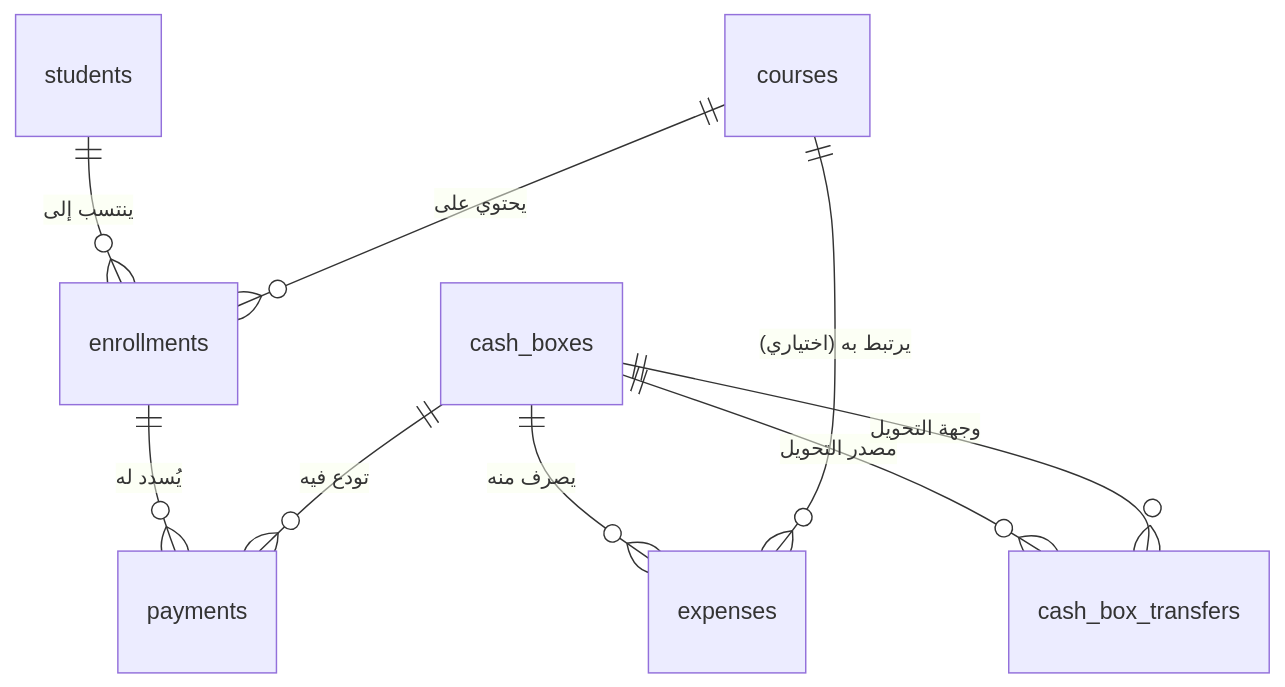
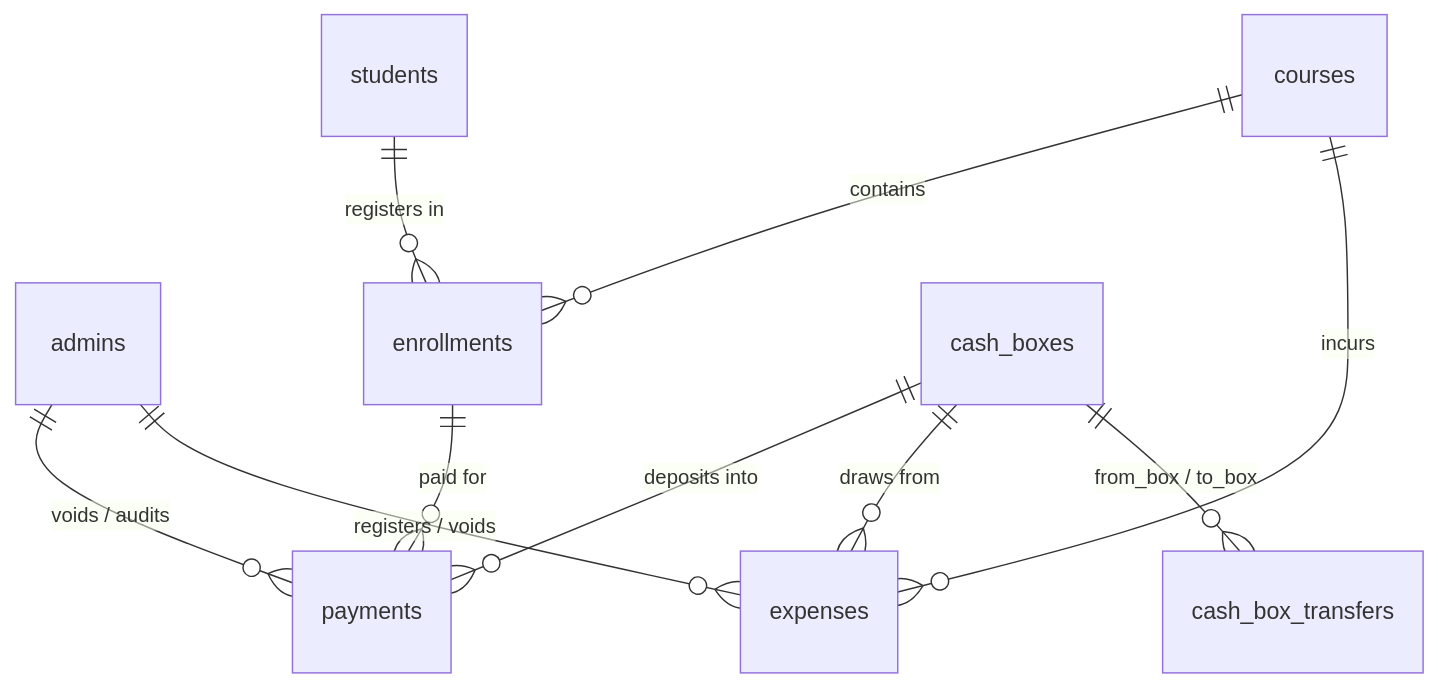
The second of 2 diagrams in المرجع_الشامل_لنظام_أكاديمية_المصري_LMS.md (Ahmed77khaled/elmasry-academy-lms), drawn with Mermaid before and after one commit. The commit also changed other lines of this file, not shown here.

Commit message:
docs: update master architectural and operational reference manual to hardened production standard

````diff
--- a/المرجع_الشامل_لنظام_أكاديمية_المصري_LMS.md
+++ b/المرجع_الشامل_لنظام_أكاديمية_المصري_LMS.md
@@ -80,11 +203,12 @@
 ```mermaid
 erDiagram
-    students ||--o{ enrollments : "ينتسب إلى"
-    courses ||--o{ enrollments : "يحتوي على"
-    enrollments ||--o{ payments : "يُسدد له"
-    cash_boxes ||--o{ payments : "تودع فيه"
-    cash_boxes ||--o{ expenses : "يصرف منه"
-    courses ||--o{ expenses : "يرتبط به (اختياري)"
-    cash_boxes ||--o{ cash_box_transfers : "مصدر التحويل"
-    cash_boxes ||--o{ cash_box_transfers : "وجهة التحويل"
+    admins ||--o{ payments : "voids / audits"
+    admins ||--o{ expenses : "registers / voids"
+    students ||--o{ enrollments : "registers in"
+    courses ||--o{ enrollments : "contains"
+    courses ||--o{ expenses : "incurs"
+    cash_boxes ||--o{ payments : "deposits into"
+    cash_boxes ||--o{ expenses : "draws from"
+    cash_boxes ||--o{ cash_box_transfers : "from_box / to_box"
+    enrollments ||--o{ payments : "paid for"
 ```
````
